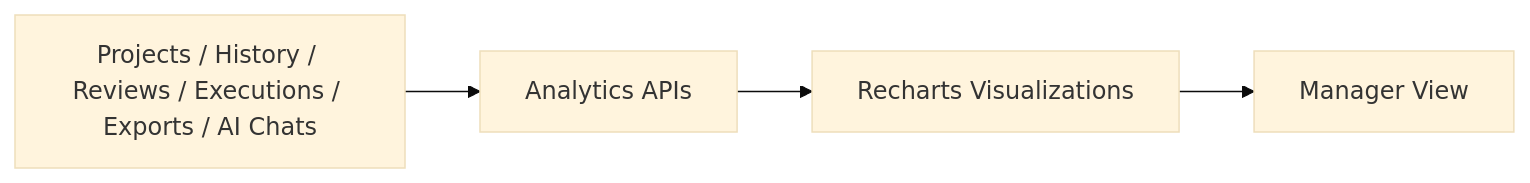
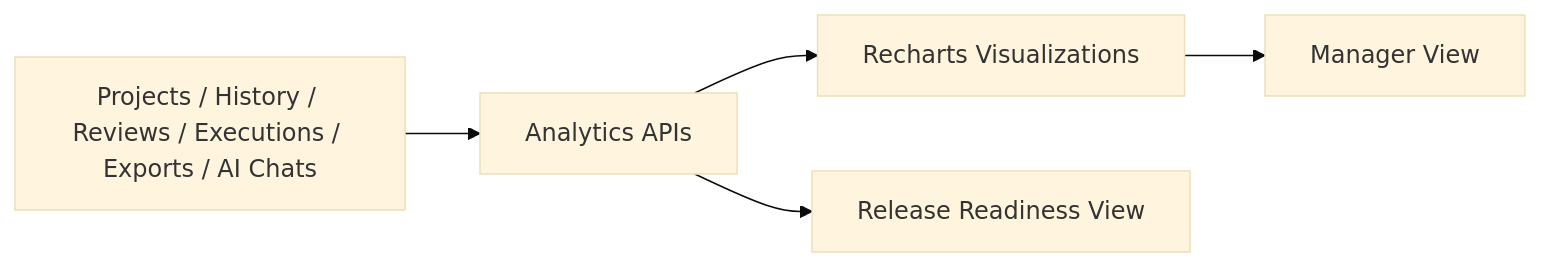
The diagram in docs/14-Analytics-and-Reporting.md (dksable/ai-qa-copilot-fe), drawn with Mermaid (base theme) before and after one commit. The commit also changed other lines of this file and 27 other files, not shown here.

````diff
--- a/docs/14-Analytics-and-Reporting.md
+++ b/docs/14-Analytics-and-Reporting.md
@@ -26,6 +28,7 @@
 ```mermaid
 flowchart LR
   Data["Projects / History / Reviews / Executions / Exports / AI Chats"] --> API["Analytics APIs"]
   API --> Charts["Recharts Visualizations"]
   Charts --> Manager["Manager View"]
+  API --> Readiness["Release Readiness View"]
 ```
````
